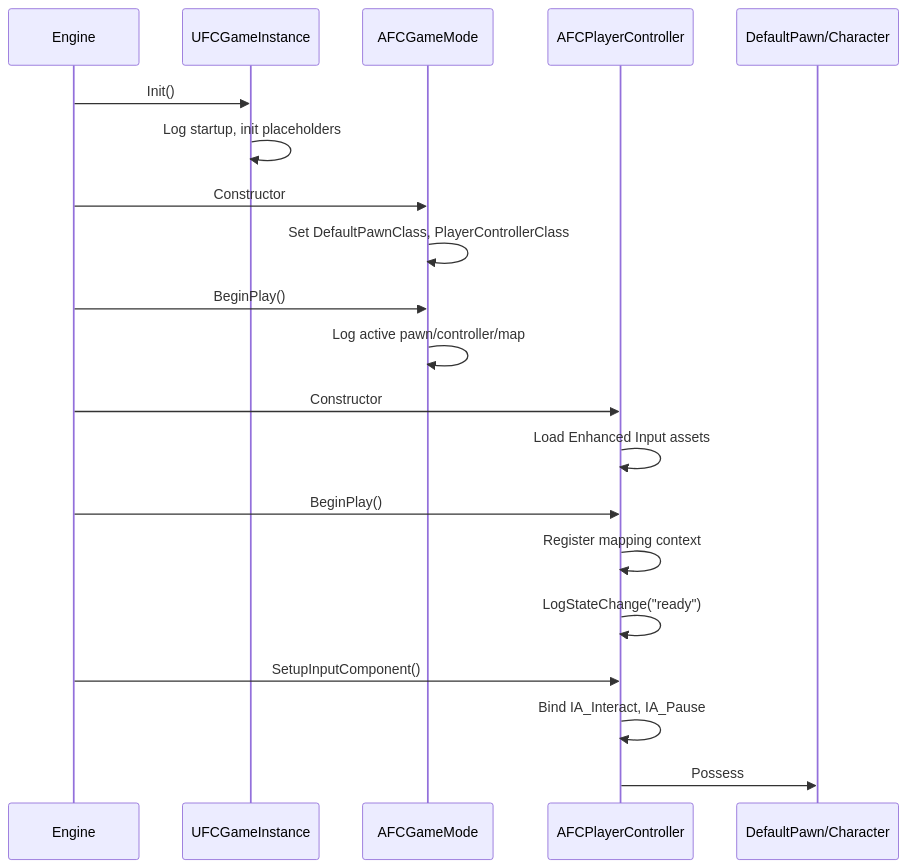
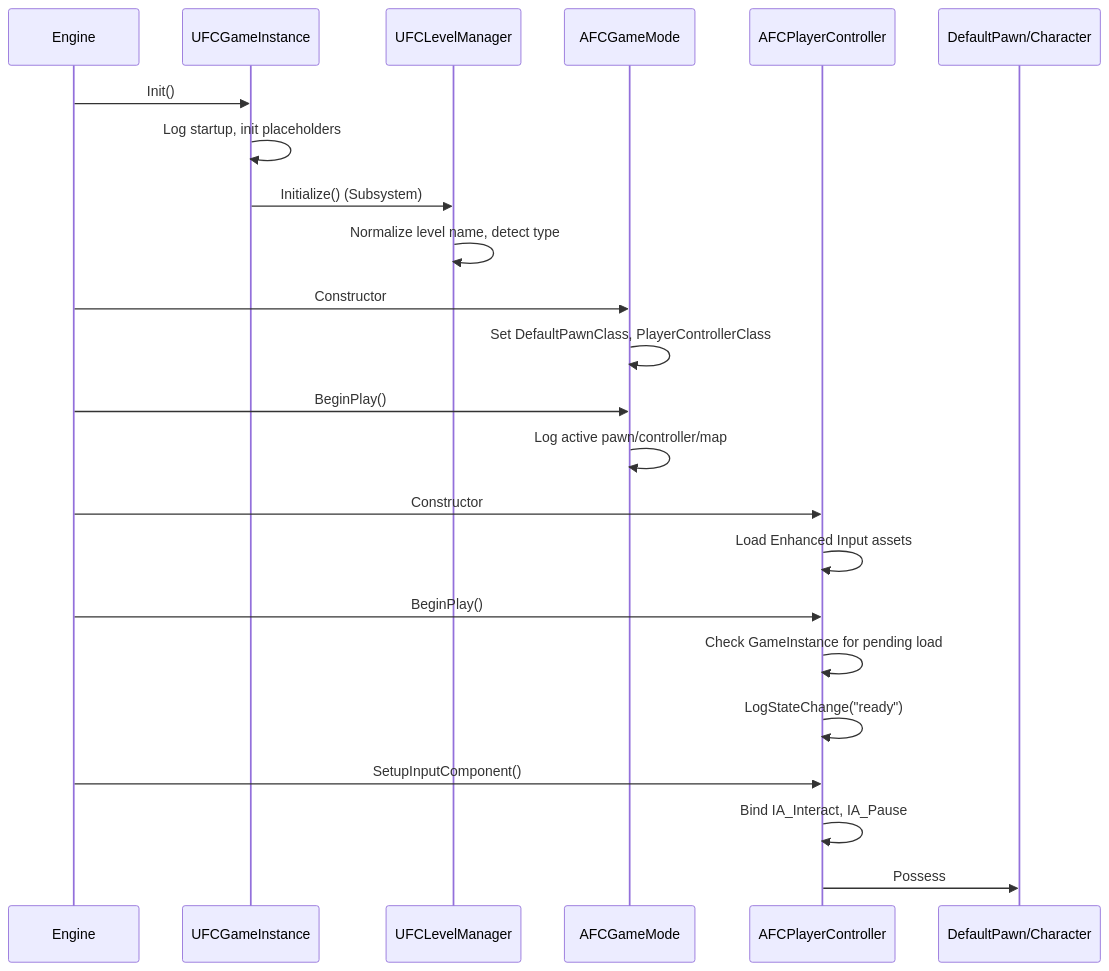
Before and after one commit to SLoebelt/fallen_compass: the second of 10 diagrams in Docs/Technical_Documentation.md, drawn with Mermaid. The commit also changed other lines of this file and 2 other files, not shown here.

````diff
--- a/Docs/Technical_Documentation.md
+++ b/Docs/Technical_Documentation.md
@@ -100,23 +122,26 @@
 ```mermaid
 sequenceDiagram
     participant Engine
     participant GameInstance as UFCGameInstance
+    participant LevelManager as UFCLevelManager
     participant GameMode as AFCGameMode
     participant Controller as AFCPlayerController
     participant Pawn as DefaultPawn/Character
 
     Engine->>GameInstance: Init()
     GameInstance->>GameInstance: Log startup, init placeholders
+    GameInstance->>LevelManager: Initialize() (Subsystem)
+    LevelManager->>LevelManager: Normalize level name, detect type
     Engine->>GameMode: Constructor
     GameMode->>GameMode: Set DefaultPawnClass, PlayerControllerClass
     Engine->>GameMode: BeginPlay()
     GameMode->>GameMode: Log active pawn/controller/map
     Engine->>Controller: Constructor
     Controller->>Controller: Load Enhanced Input assets
     Engine->>Controller: BeginPlay()
-    Controller->>Controller: Register mapping context
+    Controller->>Controller: Check GameInstance for pending load
     Controller->>Controller: LogStateChange("ready")
     Engine->>Controller: SetupInputComponent()
     Controller->>Controller: Bind IA_Interact, IA_Pause
     Controller->>Pawn: Possess
 ```
````
